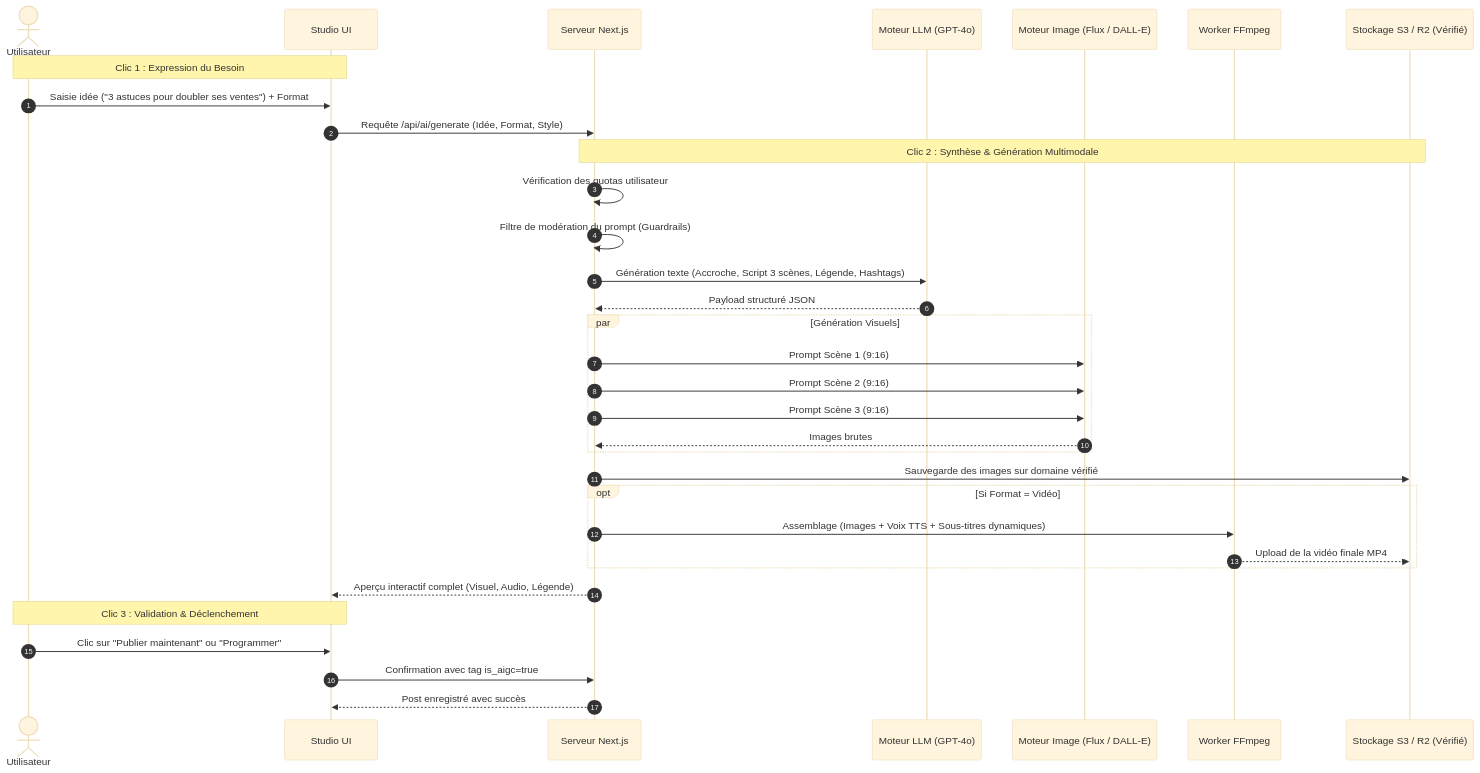
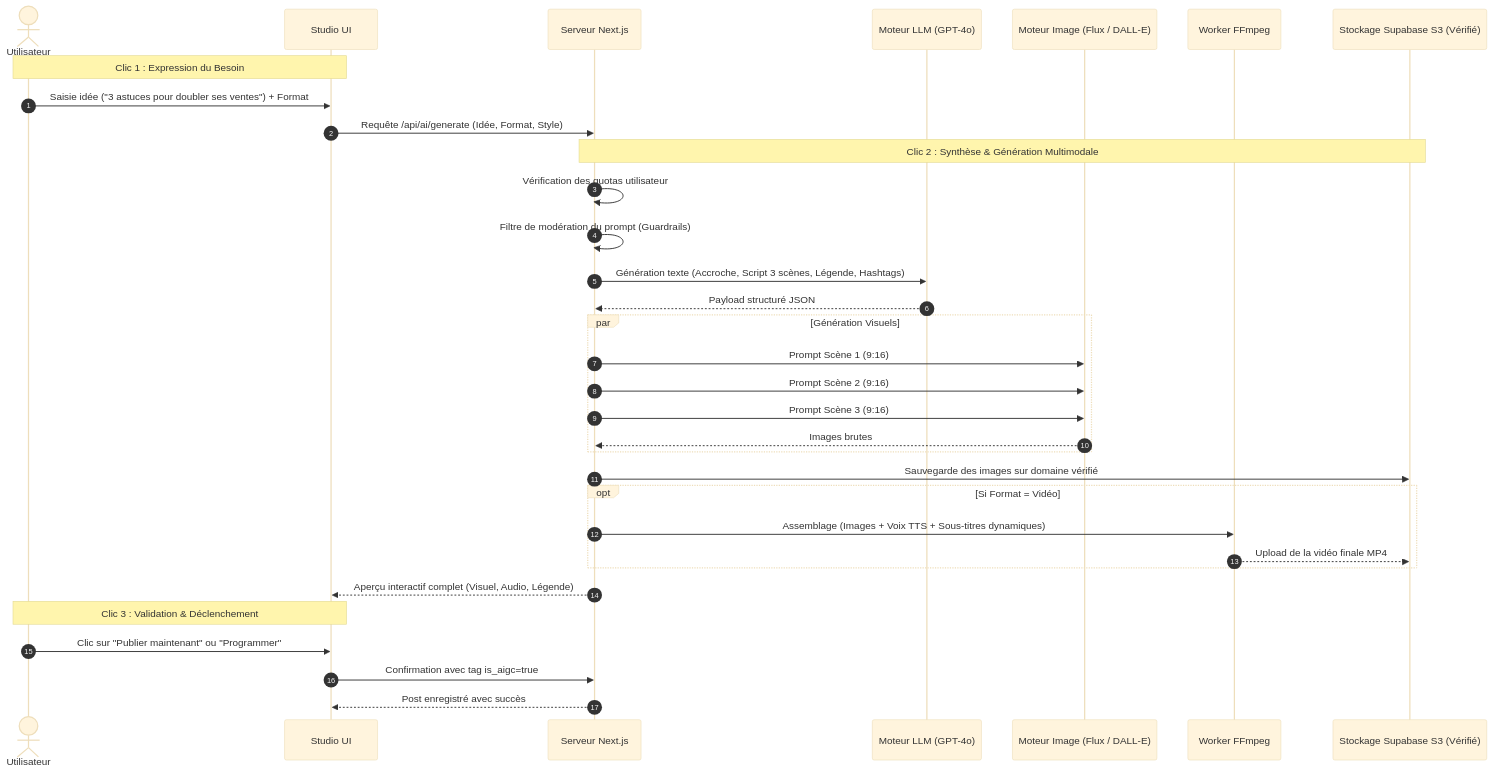
The second of 5 diagrams in README.md (GeovanioH/tiktok-auto-studio), drawn with Mermaid (base theme) before and after one commit. The commit also changed other lines of this file and 9 other files, not shown here.

Commit message:
feat(storage): switch S3 storage provider from Cloudflare R2 to Supabase Storage

````diff
--- a/README.md
+++ b/README.md
@@ -164,42 +164,42 @@
 ```mermaid
 sequenceDiagram
     autonumber
     actor User as Utilisateur
     participant UI as Studio UI
     participant Backend as Serveur Next.js
     participant LLM as Moteur LLM (GPT-4o)
     participant ImgAPI as Moteur Image (Flux / DALL-E)
     participant FFmpeg as Worker FFmpeg
-    participant Storage as Stockage S3 / R2 (Vérifié)
+    participant Storage as Stockage Supabase S3 (Vérifié)
 
     Note over User, UI: Clic 1 : Expression du Besoin
     User->>UI: Saisie idée ("3 astuces pour doubler ses ventes") + Format
     UI->>Backend: Requête /api/ai/generate (Idée, Format, Style)
     
     Note over Backend, Storage: Clic 2 : Synthèse & Génération Multimodale
     Backend->>Backend: Vérification des quotas utilisateur
     Backend->>Backend: Filtre de modération du prompt (Guardrails)
     Backend->>LLM: Génération texte (Accroche, Script 3 scènes, Légende, Hashtags)
     LLM-->>Backend: Payload structuré JSON
     
     par Génération Visuels
         Backend->>ImgAPI: Prompt Scène 1 (9:16)
         Backend->>ImgAPI: Prompt Scène 2 (9:16)
         Backend->>ImgAPI: Prompt Scène 3 (9:16)
         ImgAPI-->>Backend: Images brutes
     end
     
     Backend->>Storage: Sauvegarde des images sur domaine vérifié
     
     opt Si Format = Vidéo
         Backend->>FFmpeg: Assemblage (Images + Voix TTS + Sous-titres dynamiques)
         FFmpeg-->>Storage: Upload de la vidéo finale MP4
     end
     
     Backend-->>UI: Aperçu interactif complet (Visuel, Audio, Légende)
     
     Note over User, UI: Clic 3 : Validation & Déclenchement
     User->>UI: Clic sur "Publier maintenant" ou "Programmer"
     UI->>Backend: Confirmation avec tag is_aigc=true
     Backend-->>UI: Post enregistré avec succès
 ```
````
